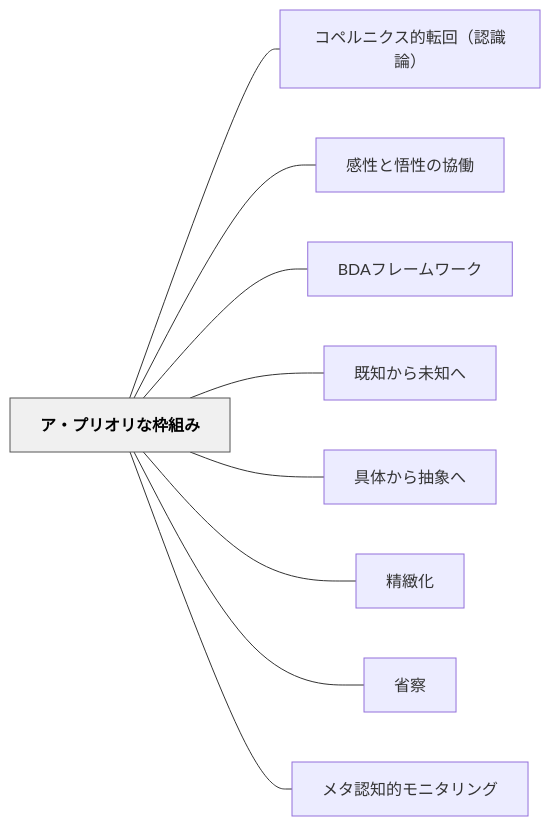
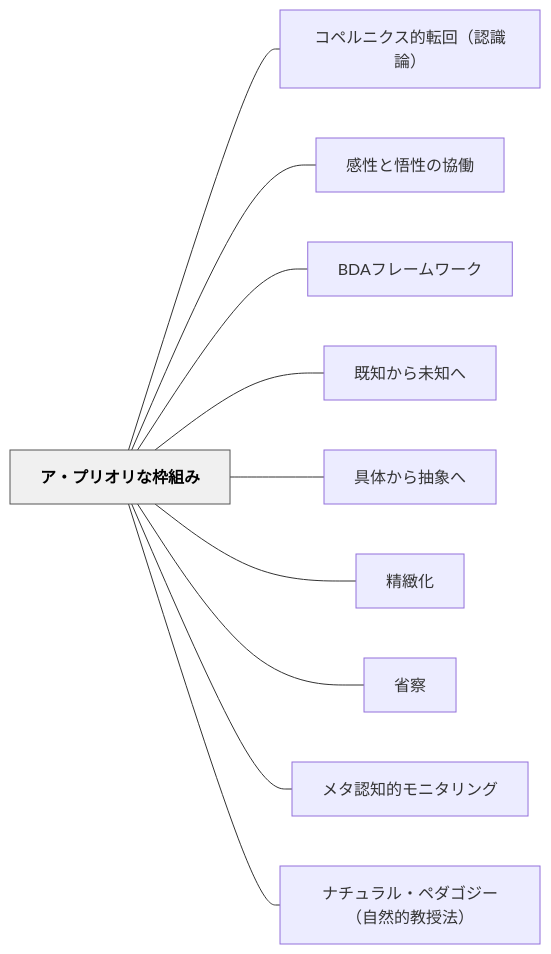
One commit to unknownthings-ed-patterns/unknownthings-ed-patterns changed the diagram in content/パタン/ア・プリオリな枠組み.md. Above: the diagram before and after it, drawn with Mermaid. The commit also changed other lines of this file, not shown here.

Commit message:
auto: Obsidianから同期 2026-06-21 15:33

````diff
--- a/content/パタン/ア・プリオリな枠組み.md
+++ b/content/パタン/ア・プリオリな枠組み.md
@@ -132,24 +134,26 @@
 ```mermaid
 flowchart LR
     ne382a2e383bbe38397e383aae382aae383aae381aae69ea0e7b584e381bf["ア・プリオリな枠組み"]
     ne382b3e3839ae383abe3838be382afe382b9e79a84e8bba2e59b9eefbc88e8aa8de8ad98e8ab96efbc89["コペルニクス的転回（認識論）"]
     ne6849fe680a7e381a8e6829fe680a7e381aee58d94e5838d["感性と悟性の協働"]
     n424441e38395e383ace383bce383a0e383afe383bce382af["BDAフレームワーク"]
     ne697a2e79fa5e3818be38289e69caae79fa5e381b8["既知から未知へ"]
     ne585b7e4bd93e3818be38289e68abde8b1a1e381b8["具体から抽象へ"]
     ne7b2bee7b7bbe58c96["精緻化"]
     ne79c81e5af9f["省察"]
     ne383a1e382bfe8aa8de79fa5e79a84e383a2e3838be382bfe383aae383b3e382b0["メタ認知的モニタリング"]
+    ne3838ae38381e383a5e383a9e383abe383bbe3839ae38380e382b4e382b8e383bcefbc88e887aae784b6e79a84e69599e68e88e6b395efbc89["ナチュラル・ペダゴジー（自然的教授法）"]
 
     ne382a2e383bbe38397e383aae382aae383aae381aae69ea0e7b584e381bf --- ne382b3e3839ae383abe3838be382afe382b9e79a84e8bba2e59b9eefbc88e8aa8de8ad98e8ab96efbc89
     ne382a2e383bbe38397e383aae382aae383aae381aae69ea0e7b584e381bf --- ne6849fe680a7e381a8e6829fe680a7e381aee58d94e5838d
     ne382a2e383bbe38397e383aae382aae383aae381aae69ea0e7b584e381bf --- n424441e38395e383ace383bce383a0e383afe383bce382af
     ne382a2e383bbe38397e383aae382aae383aae381aae69ea0e7b584e381bf --- ne697a2e79fa5e3818be38289e69caae79fa5e381b8
     ne382a2e383bbe38397e383aae382aae383aae381aae69ea0e7b584e381bf --- ne585b7e4bd93e3818be38289e68abde8b1a1e381b8
     ne382a2e383bbe38397e383aae382aae383aae381aae69ea0e7b584e381bf --- ne7b2bee7b7bbe58c96
     ne382a2e383bbe38397e383aae382aae383aae381aae69ea0e7b584e381bf --- ne79c81e5af9f
     ne382a2e383bbe38397e383aae382aae383aae381aae69ea0e7b584e381bf --- ne383a1e382bfe8aa8de79fa5e79a84e383a2e3838be382bfe383aae383b3e382b0
+    ne382a2e383bbe38397e383aae382aae383aae381aae69ea0e7b584e381bf --- ne3838ae38381e383a5e383a9e383abe383bbe3839ae38380e382b4e382b8e383bcefbc88e887aae784b6e79a84e69599e68e88e6b395efbc89
 
     classDef hub fill:#f0f0f0,stroke:#555,color:#000,font-weight:bold
     class ne382a2e383bbe38397e383aae382aae383aae381aae69ea0e7b584e381bf hub
 ```
````
